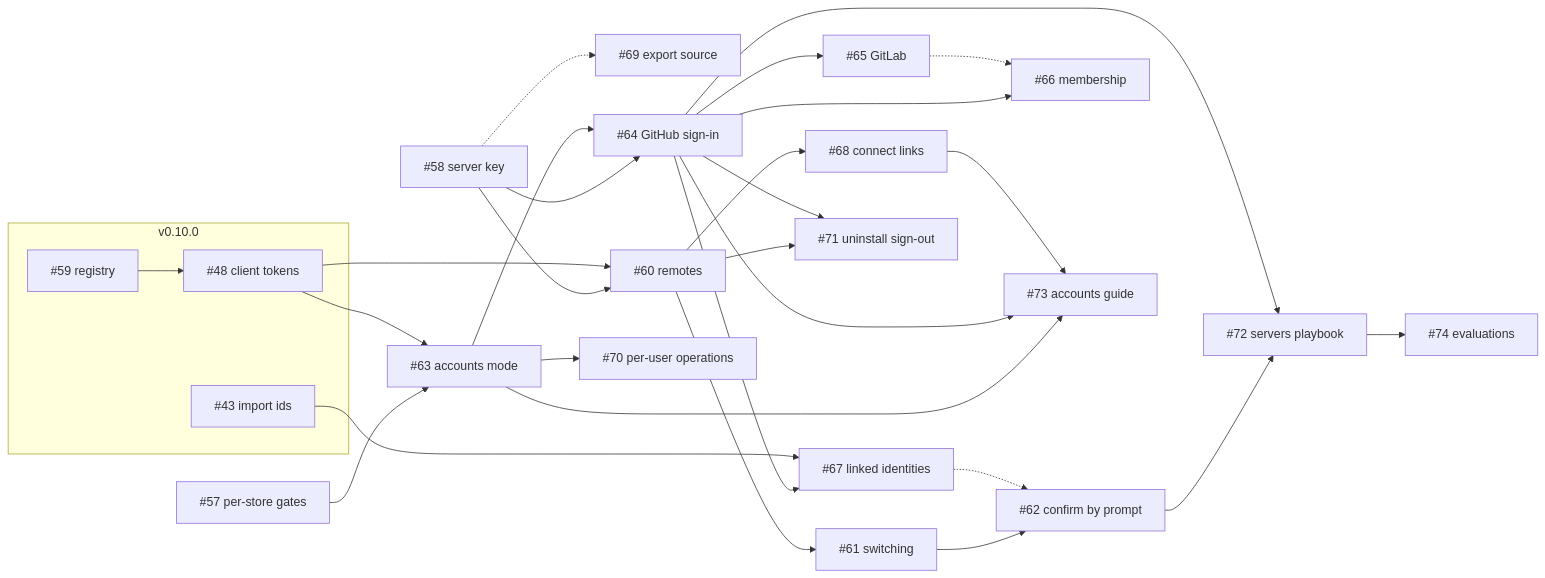
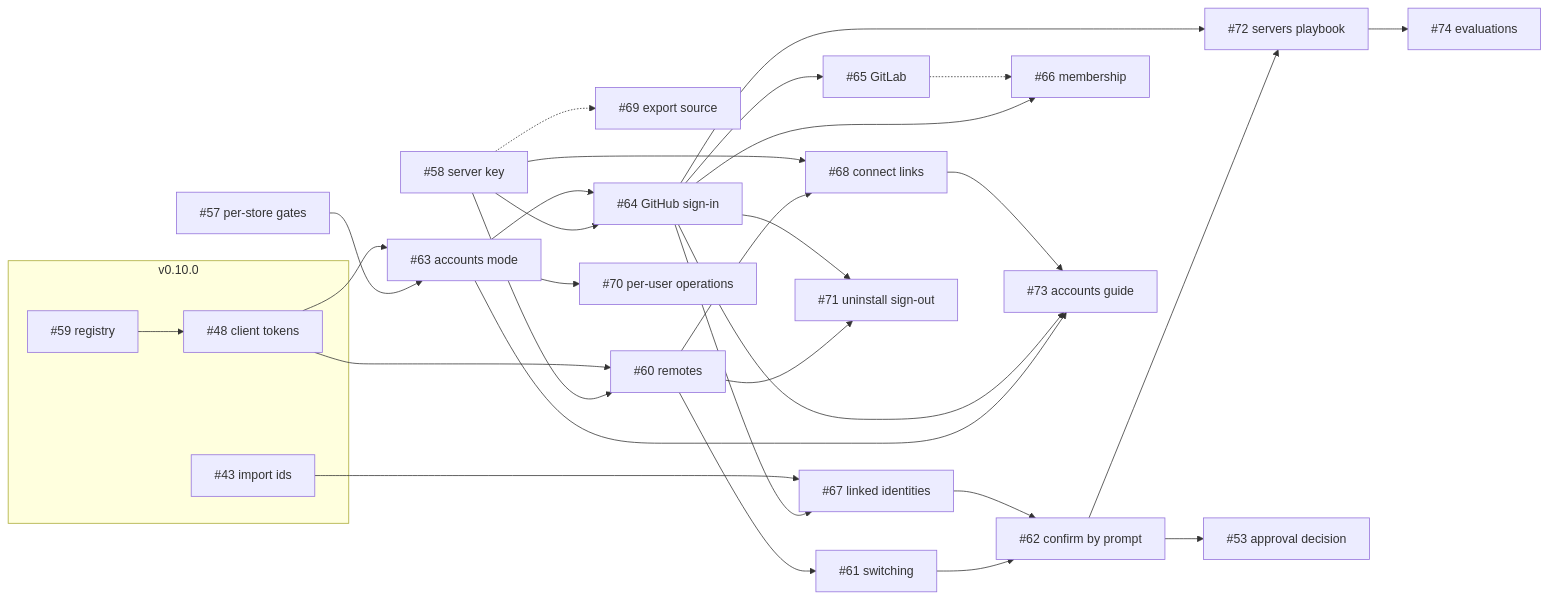
Before and after one commit to l7aromeo/user-memory: the diagram in design/12-build-order.md, drawn with Mermaid. The commit also changed other lines of this file and 1 other file, not shown here.

````diff
--- a/design/12-build-order.md
+++ b/design/12-build-order.md
@@ -23,52 +28,55 @@
 ```mermaid
 flowchart LR
     subgraph v010[v0.10.0]
         I48["#48 client tokens"]
         I59["#59 registry"]
         I43["#43 import ids"]
     end
     I57["#57 per-store gates"]
     I58["#58 server key"]
     I69["#69 export source"]
     I60["#60 remotes"]
     I63["#63 accounts mode"]
     I61["#61 switching"]
     I64["#64 GitHub sign-in"]
     I68["#68 connect links"]
     I70["#70 per-user operations"]
     I62["#62 confirm by prompt"]
     I65["#65 GitLab"]
     I66["#66 membership"]
     I67["#67 linked identities"]
     I71["#71 uninstall sign-out"]
     I73["#73 accounts guide"]
     I72["#72 servers playbook"]
     I74["#74 evaluations"]
+    I53["#53 approval decision"]
 
     I59 --> I48
     I58 --> I60
     I48 --> I60
     I57 --> I63
     I48 --> I63
     I60 --> I61
     I58 --> I64
     I63 --> I64
     I60 --> I68
     I63 --> I70
     I61 --> I62
     I64 --> I65
     I64 --> I66
     I64 --> I67
     I43 --> I67
     I60 --> I71
     I64 --> I71
     I63 --> I73
     I64 --> I73
     I68 --> I73
     I62 --> I72
     I64 --> I72
     I72 --> I74
+    I58 --> I68
+    I67 --> I62
+    I62 --> I53
     I58 -.-> I69
-    I67 -.-> I62
     I65 -.-> I66
 ```
````
